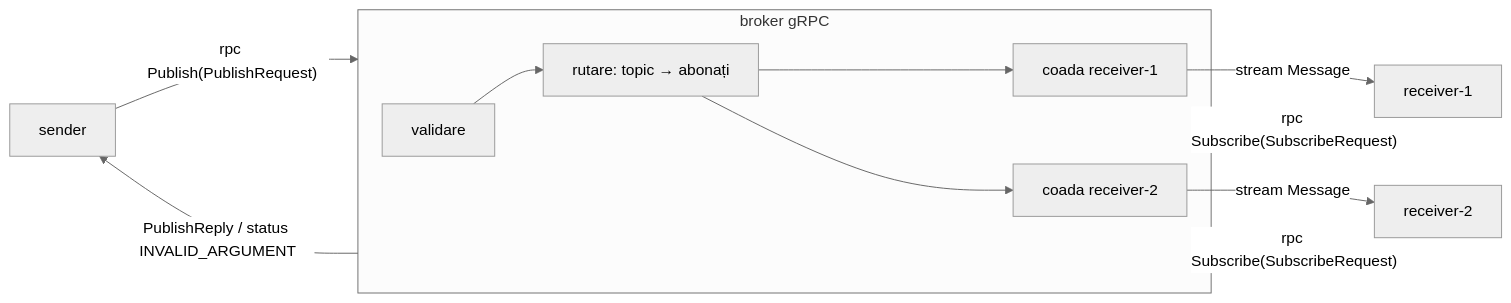
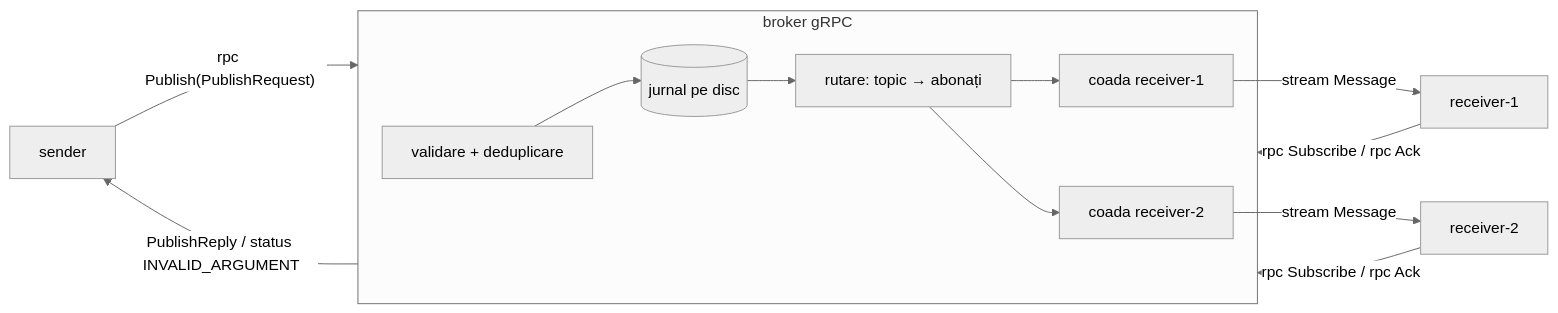
The diagram in lab2/docs/architecture.md (LiviuMrc/PAD), drawn with Mermaid (neutral theme) before and after one commit. The commit also changed other lines of this file and 40 other files, not shown here.

````diff
--- a/lab2/docs/architecture.md
+++ b/lab2/docs/architecture.md
@@ -6,14 +6,15 @@
 ```mermaid
 flowchart LR
     S[sender] -- "rpc Publish(PublishRequest)" --> B
     B -- "PublishReply / status INVALID_ARGUMENT" --> S
     subgraph B[broker gRPC]
-        V[validare] --> R["rutare: topic → abonați"]
+        V[validare + deduplicare] --> J[(jurnal pe disc)]
+        J --> R["rutare: topic → abonați"]
         R --> Q1[coada receiver-1]
         R --> Q2[coada receiver-2]
     end
-    R1[receiver-1] -- "rpc Subscribe(SubscribeRequest)" --> B
-    R2[receiver-2] -- "rpc Subscribe(SubscribeRequest)" --> B
+    R1[receiver-1] -- "rpc Subscribe / rpc Ack" --> B
+    R2[receiver-2] -- "rpc Subscribe / rpc Ack" --> B
     Q1 -- "stream Message" --> R1
     Q2 -- "stream Message" --> R2
 ```
````
